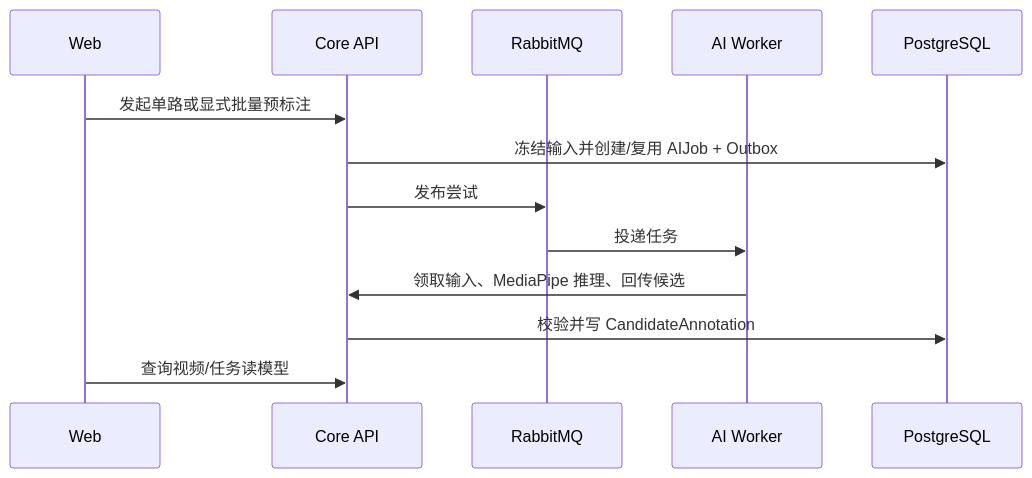
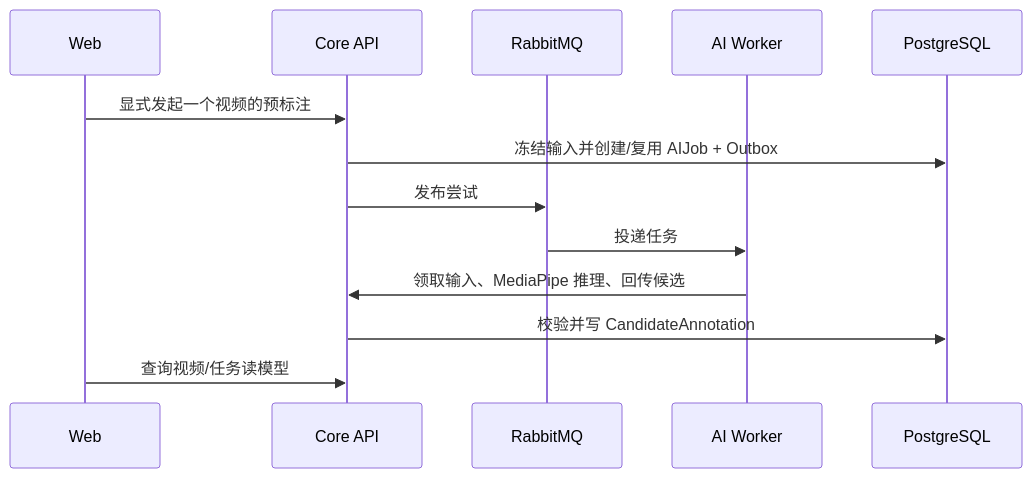
Before and after one commit to Soberis/medication-video-platform: the second of 2 diagrams in docs/architecture/video-hand-pose-mvp-technical-design.md, drawn with Mermaid. The commit also changed other lines of this file and 91 other files, not shown here.

````diff
--- a/docs/architecture/video-hand-pose-mvp-technical-design.md
+++ b/docs/architecture/video-hand-pose-mvp-technical-design.md
@@ -104,16 +104,16 @@
 ```mermaid
 sequenceDiagram
     participant Web
     participant API as Core API
     participant MQ as RabbitMQ
     participant AI as AI Worker
     participant DB as PostgreSQL
 
-    Web->>API: 发起单路或显式批量预标注
+    Web->>API: 显式发起一个视频的预标注
     API->>DB: 冻结输入并创建/复用 AIJob + Outbox
     API->>MQ: 发布尝试
     MQ->>AI: 投递任务
     AI->>API: 领取输入、MediaPipe 推理、回传候选
     API->>DB: 校验并写 CandidateAnnotation
     Web->>API: 查询视频/任务读模型
 ```
````
